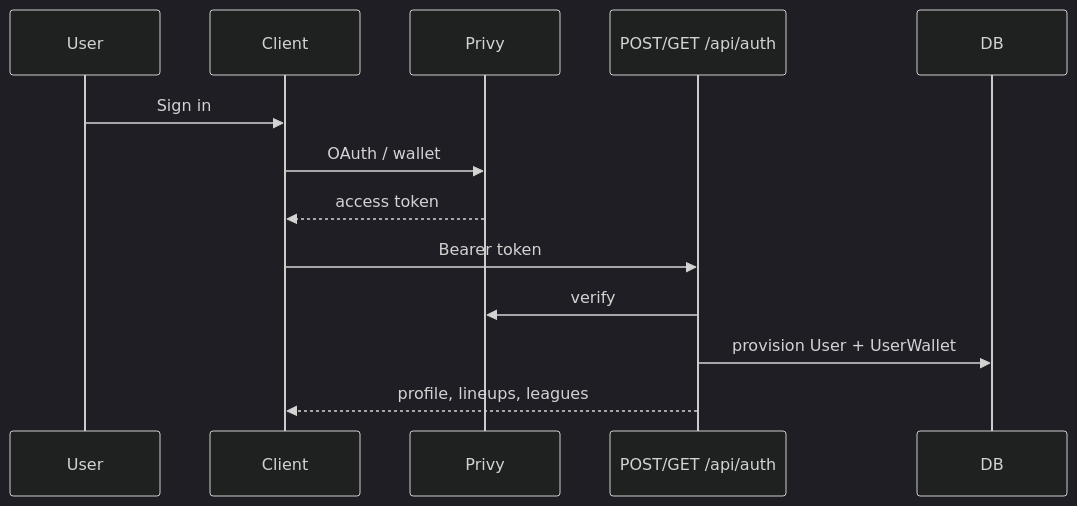
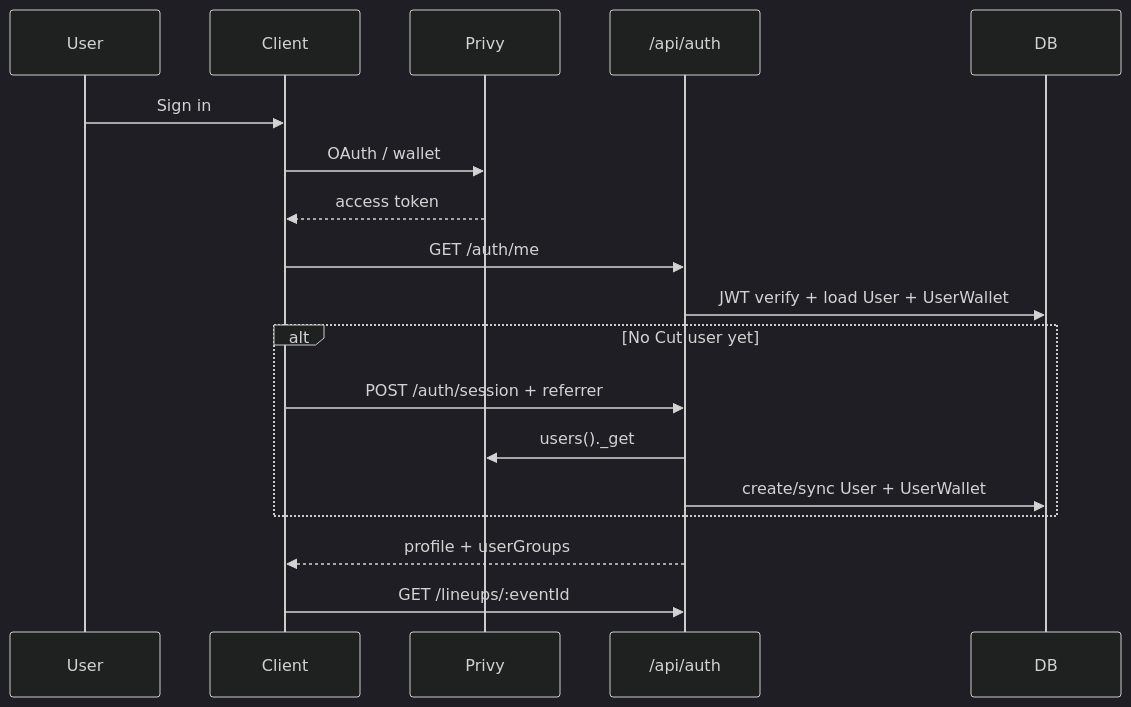
The second of 7 diagrams in spec/cross-layer.md (MagRelo/cut), drawn with Mermaid (dark theme) before and after one commit. The commit also changed other lines of this file and 13 other files, not shown here.

First line of the commit message:
Enhance authentication and user provisioning flow

````diff
--- a/spec/cross-layer.md
+++ b/spec/cross-layer.md
@@ -52,16 +52,21 @@
 ```mermaid
 sequenceDiagram
   participant User
   participant Client
   participant Privy
-  participant API as POST/GET /api/auth
+  participant API as /api/auth
   participant DB
 
   User->>Client: Sign in
   Client->>Privy: OAuth / wallet
   Privy-->>Client: access token
-  Client->>API: Bearer token
-  API->>Privy: verify
-  API->>DB: provision User + UserWallet
-  API-->>Client: profile, lineups, leagues
+  Client->>API: GET /auth/me
+  API->>DB: JWT verify + load User + UserWallet
+  alt No Cut user yet
+    Client->>API: POST /auth/session + referrer
+    API->>Privy: users()._get
+    API->>DB: create/sync User + UserWallet
+  end
+  API-->>Client: profile + userGroups
+  Client->>API: GET /lineups/:eventId
 ```
````
